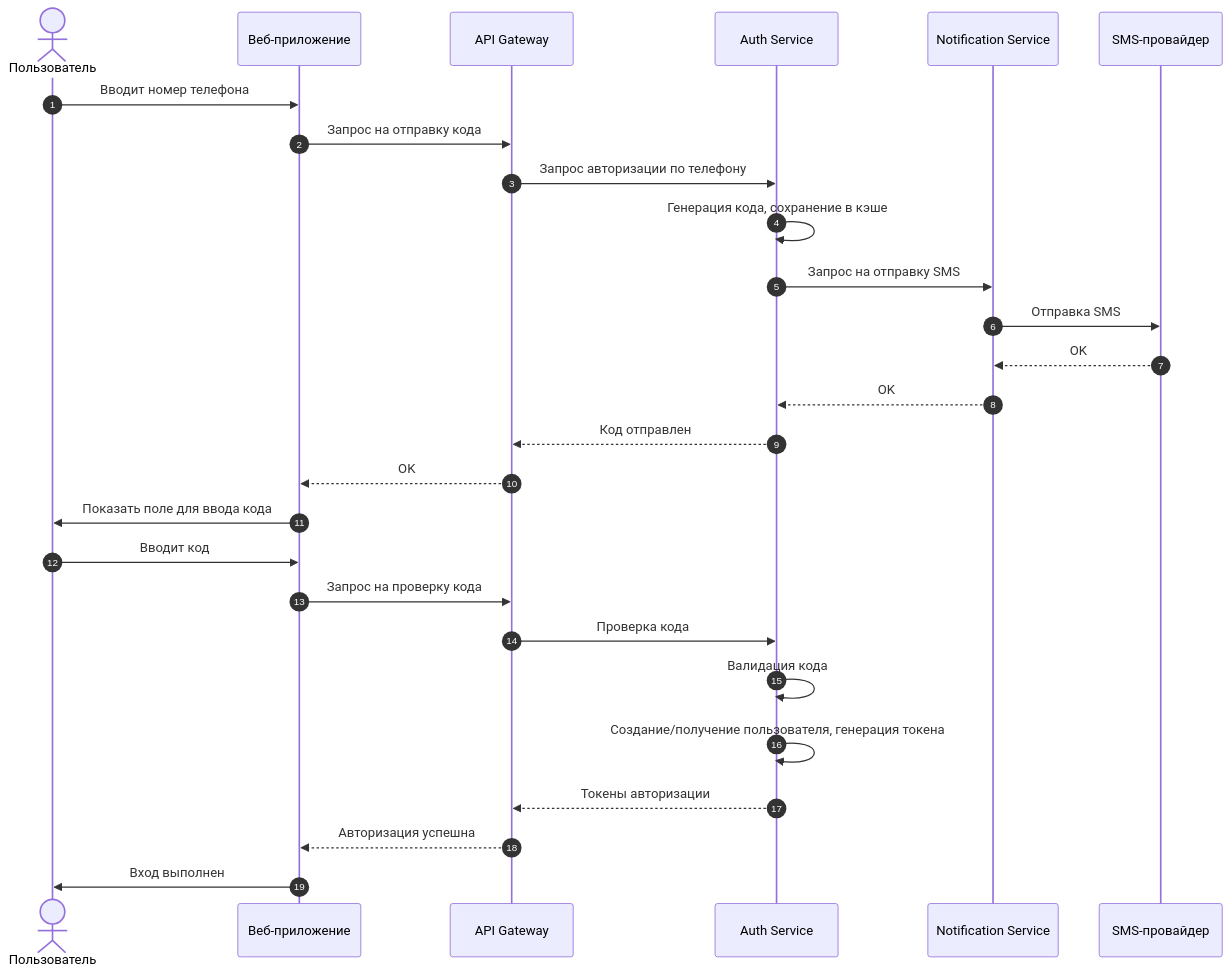
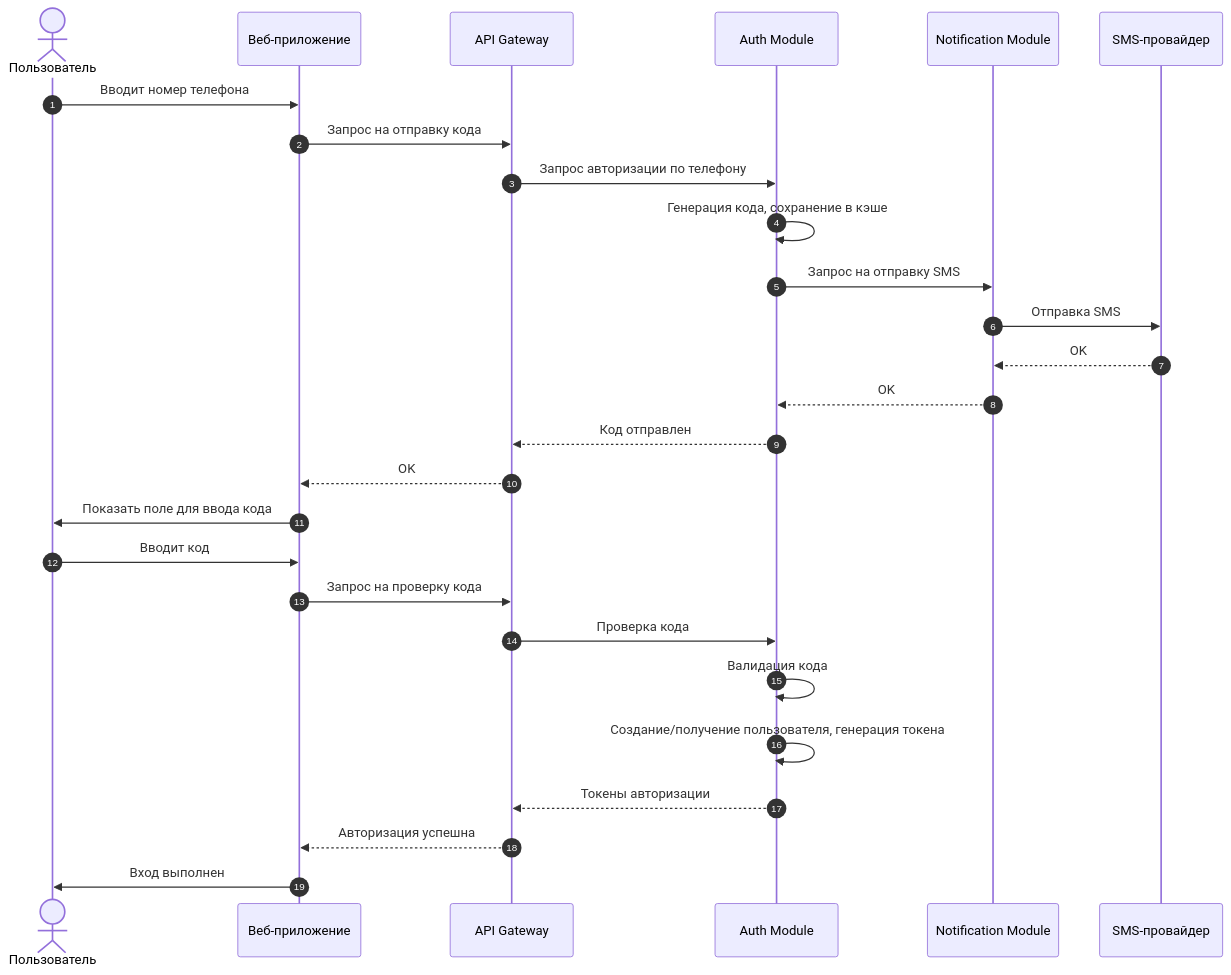
The ninth of 9 diagrams in task-1/docs/TASK1.md (EkaterinaNikolaeva/hse-arch-and-design-is), drawn with Mermaid before and after one commit. The commit also changed other lines of this file, not shown here.

Commit message:
rename services to modules, update diagrams

````diff
--- a/task-1/docs/TASK1.md
+++ b/task-1/docs/TASK1.md
@@ -502,31 +519,31 @@
 ```mermaid
 sequenceDiagram
     autonumber
     actor User as Пользователь
     participant Web as Веб-приложение
     participant API as API Gateway
-    participant Auth as Auth Service
-    participant Notify as Notification Service
+    participant Auth as Auth Module
+    participant Notify as Notification Module
     participant SMS as SMS-провайдер
 
     User->>Web: Вводит номер телефона
     Web->>API: Запрос на отправку кода
     API->>Auth: Запрос авторизации по телефону
     Auth->>Auth: Генерация кода, сохранение в кэше
     Auth->>Notify: Запрос на отправку SMS
     Notify->>SMS: Отправка SMS
     SMS-->>Notify: OK
     Notify-->>Auth: OK
     Auth-->>API: Код отправлен
     API-->>Web: OK
     Web->>User: Показать поле для ввода кода
 
     User->>Web: Вводит код
     Web->>API: Запрос на проверку кода
     API->>Auth: Проверка кода
     Auth->>Auth: Валидация кода
     Auth->>Auth: Создание/получение пользователя, генерация токена
     Auth-->>API: Токены авторизации
     API-->>Web: Авторизация успешна
     Web->>User: Вход выполнен
 ```
````
